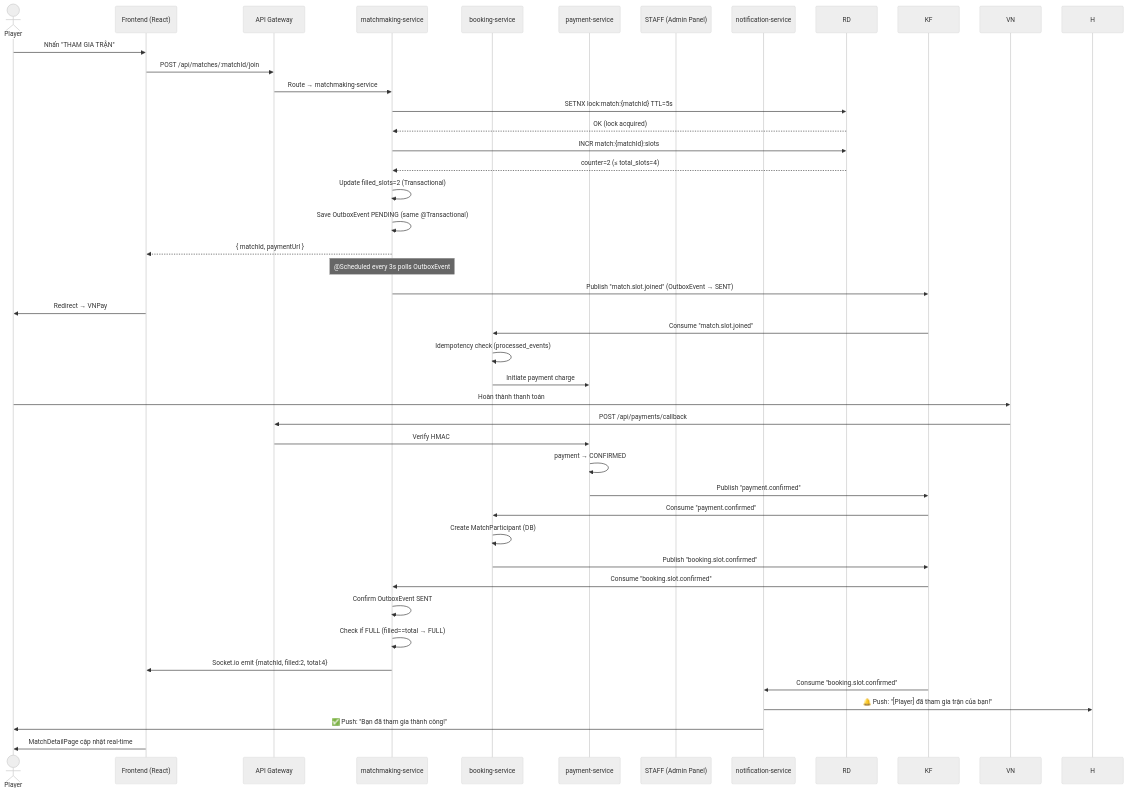
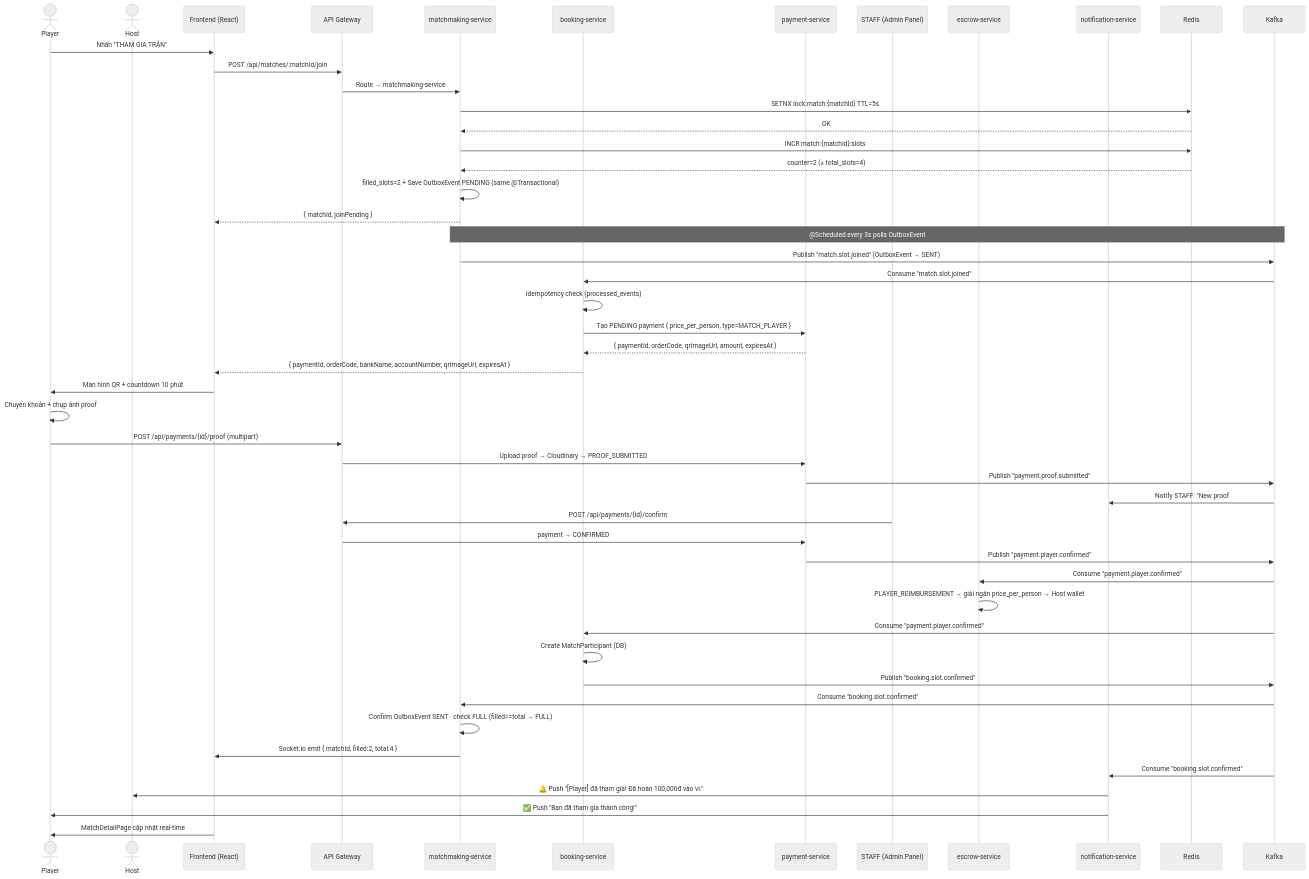
Before and after one commit to phucgigital03/BadmintonHub: the third of 4 diagrams in UC_Matchmaking.md, drawn with Mermaid (neutral theme). The commit also changed other lines of this file and 7 other files, not shown here.

````diff
--- a/UC_Matchmaking.md
+++ b/UC_Matchmaking.md
@@ -638,55 +532,63 @@
 ```mermaid
 sequenceDiagram
     actor P as Player
+    actor H as Host
     participant FE as Frontend (React)
     participant GW as API Gateway
     participant MS as matchmaking-service
     participant BS as booking-service
     participant PS as payment-service
     participant ST as STAFF (Admin Panel)
+    participant ES as escrow-service
     participant NS as notification-service
+    participant RD as Redis
+    participant KF as Kafka
 
     P->>FE: Nhấn "THAM GIA TRẬN"
     FE->>GW: POST /api/matches/:matchId/join
     GW->>MS: Route → matchmaking-service
 
     MS->>RD: SETNX lock:match:{matchId} TTL=5s
-    RD-->>MS: OK (lock acquired)
-
+    RD-->>MS: OK
     MS->>RD: INCR match:{matchId}:slots
     RD-->>MS: counter=2 (≤ total_slots=4)
+    MS->>MS: filled_slots=2 + Save OutboxEvent PENDING (same @Transactional)
+    MS-->>FE: { matchId, joinPending }
 
-    MS->>MS: Update filled_slots=2 (Transactional)
-    MS->>MS: Save OutboxEvent PENDING (same @Transactional)
-    MS-->>FE: { matchId, paymentUrl }
-
-    Note over MS: @Scheduled every 3s polls OutboxEvent
+    Note over MS,KF: @Scheduled every 3s polls OutboxEvent
     MS->>KF: Publish "match.slot.joined" (OutboxEvent → SENT)
-
-    FE->>P: Redirect → VNPay
 
     KF->>BS: Consume "match.slot.joined"
     BS->>BS: Idempotency check (processed_events)
-    BS->>PS: Initiate payment charge
+    BS->>PS: Tạo PENDING payment { price_per_person, type=MATCH_PLAYER }
+    PS-->>BS: { paymentId, orderCode, qrImageUrl, amount, expiresAt }
+    BS-->>FE: { paymentId, orderCode, bankName, accountNumber, qrImageUrl, expiresAt }
+    FE->>P: Màn hình QR + countdown 10 phút
 
-    P->>VN: Hoàn thành thanh toán
-    VN->>GW: POST /api/payments/callback
-    GW->>PS: Verify HMAC
-    PS->>PS: payment → CONFIRMED
-    PS->>KF: Publish "payment.confirmed"
+    P->>P: Chuyển khoản + chụp ảnh proof
+    P->>GW: POST /api/payments/{id}/proof (multipart)
+    GW->>PS: Upload proof → Cloudinary → PROOF_SUBMITTED
+    PS->>KF: Publish "payment.proof.submitted"
+    KF->>NS: Notify STAFF: "New proof #orderCode awaiting review"
 
-    KF->>BS: Consume "payment.confirmed"
+    ST->>GW: POST /api/payments/{id}/confirm
+    GW->>PS: payment → CONFIRMED
+    PS->>KF: Publish "payment.player.confirmed"
+
+    KF->>ES: Consume "payment.player.confirmed"
+    ES->>ES: PLAYER_REIMBURSEMENT → giải ngân price_per_person → Host wallet
+
+    KF->>BS: Consume "payment.player.confirmed"
     BS->>BS: Create MatchParticipant (DB)
     BS->>KF: Publish "booking.slot.confirmed"
 
     KF->>MS: Consume "booking.slot.confirmed"
-    MS->>MS: Confirm OutboxEvent SENT
-    MS->>MS: Check if FULL (filled==total → FULL)
-    MS->>FE: Socket.io emit {matchId, filled:2, total:4}
+    MS->>MS: Confirm OutboxEvent SENT · check FULL (filled==total → FULL)
+    MS->>FE: Socket.io emit { matchId, filled:2, total:4 }
 
     KF->>NS: Consume "booking.slot.confirmed"
-    NS->>H: 🔔 Push: "[Player] đã tham gia trận của bạn!"
-    NS->>P: ✅ Push: "Bạn đã tham gia thành công!"
+    NS->>H: 🔔 Push "[Player] đã tham gia! Đã hoàn 100,000đ vào ví."
+    NS->>P: ✅ Push "Bạn đã tham gia thành công!"
 
     FE->>P: MatchDetailPage cập nhật real-time
 ```
````
